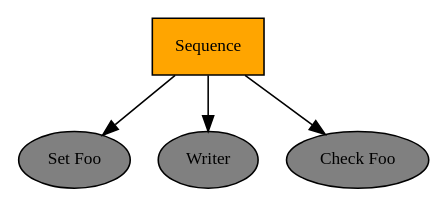
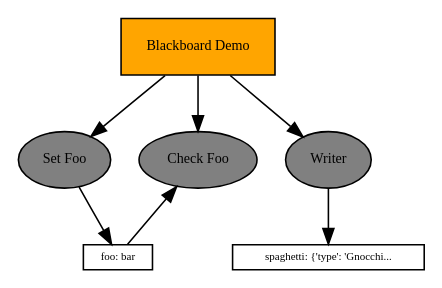
One commit to splintered-reality/py_trees changed the diagram in doc/dot/demo-blackboard.dot. Above: the diagram before and after it, drawn with Graphviz. The commit also changed 3 other files, not shown here.

```diff
--- a/doc/dot/demo-blackboard.dot
+++ b/doc/dot/demo-blackboard.dot
@@ -1,12 +1,25 @@
-digraph sequence {
+digraph pastafarianism {
 graph [fontname="times-roman"];
 node [fontname="times-roman"];
 edge [fontname="times-roman"];
-Sequence [fillcolor=orange, fontcolor=black, fontsize=11, shape=box, style=filled];
-"Set Foo" [fillcolor=gray, fontcolor=black, fontsize=11, shape=ellipse, style=filled];
-Sequence -> "Set Foo";
-Writer [fillcolor=gray, fontcolor=black, fontsize=11, shape=ellipse, style=filled];
-Sequence -> Writer;
-"Check Foo" [fillcolor=gray, fontcolor=black, fontsize=11, shape=ellipse, style=filled];
-Sequence -> "Check Foo";
+"Blackboard Demo" [label="Blackboard Demo", shape=box, style=filled, fillcolor=orange, fontsize=9, fontcolor=black];
+"Set Foo" [label="Set Foo", shape=ellipse, style=filled, fillcolor=gray, fontsize=9, fontcolor=black];
+"Blackboard Demo" -> "Set Foo";
+Writer [label=Writer, shape=ellipse, style=filled, fillcolor=gray, fontsize=9, fontcolor=black];
+"Blackboard Demo" -> Writer;
+"Check Foo" [label="Check Foo", shape=ellipse, style=filled, fillcolor=gray, fontsize=9, fontcolor=black];
+"Blackboard Demo" -> "Check Foo";
+subgraph  {
+label="children_of_Blackboard Demo";
+rank=same;
+"Set Foo" [label="Set Foo", shape=ellipse, style=filled, fillcolor=gray, fontsize=9, fontcolor=black];
+Writer [label=Writer, shape=ellipse, style=filled, fillcolor=gray, fontsize=9, fontcolor=black];
+"Check Foo" [label="Check Foo", shape=ellipse, style=filled, fillcolor=gray, fontsize=9, fontcolor=black];
 }
+
+foo [label="foo: bar", shape=box, style=filled, fillcolor=white, fontsize=7, fontcolor=black, width=0, height=0, fixedsize=False];
+foo -> "Check Foo";
+"Set Foo" -> foo;
+spaghetti [label="spaghetti: {'type': 'Gnocchi...", shape=box, style=filled, fillcolor=white, fontsize=7, fontcolor=black, width=0, height=0, fixedsize=False];
+Writer -> spaghetti;
+}
```
